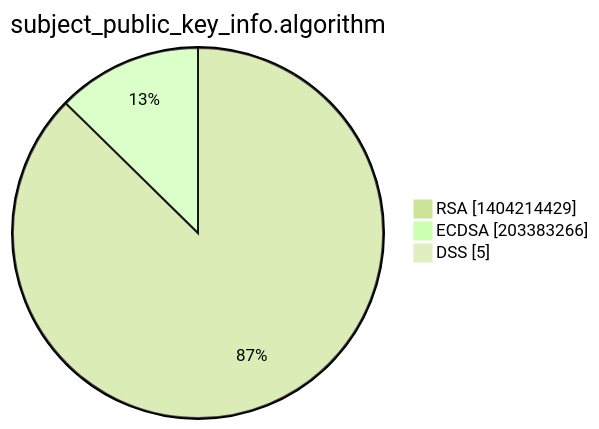
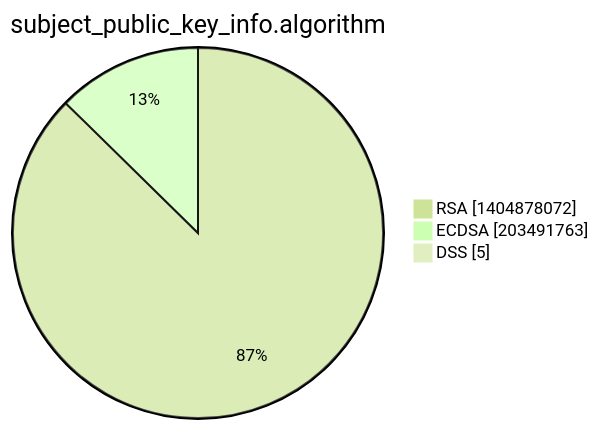
Before and after one commit to christiankrug/ctmonitor_visualization: the third of 15 diagrams in xenon2022/README.md, drawn with Mermaid (forest theme). The commit also changed other lines of this file, not shown here.

````diff
--- a/xenon2022/README.md
+++ b/xenon2022/README.md
@@ -14,7 +14,7 @@
 ```mermaid
 pie showData
 title subject_public_key_info.algorithm
-"RSA" :1404214429
-"ECDSA" :203383266
+"RSA" :1404878072
+"ECDSA" :203491763
 "DSS" :5
 ```
````
